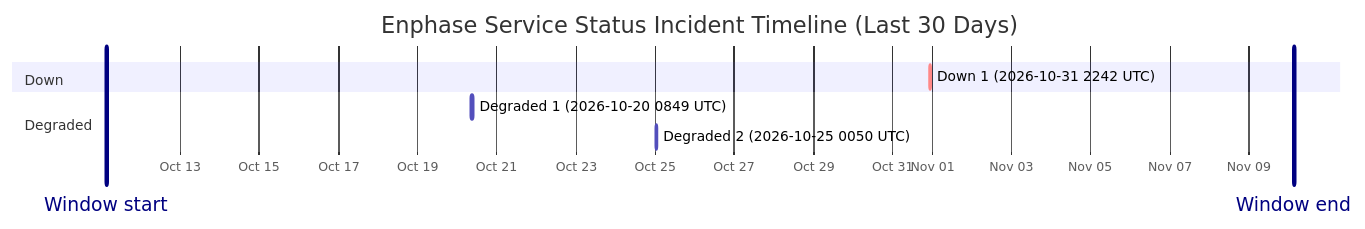
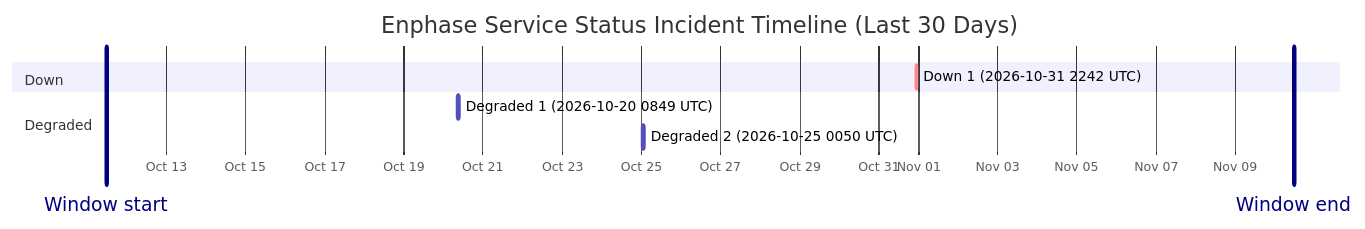
One commit to barneyonline/ha-enphase-energy changed the diagram in wiki/Service-Status-History.md. Above: the diagram before and after it, drawn with Mermaid. The commit also changed other lines of this file and 3 other files, not shown here.

````diff
--- a/wiki/Service-Status-History.md
+++ b/wiki/Service-Status-History.md
@@ -14,13 +14,13 @@
 ```mermaid
 gantt
     title Enphase Service Status Incident Timeline (Last 30 Days)
     dateFormat  YYYY-MM-DDTHH:mm:ss
     axisFormat  %b %d
-    Window start :vert, window-start, 2026-10-11T03:15:14, 0ms
-    Window end :vert, window-end, 2026-11-10T03:15:14, 0ms
+    Window start :vert, window-start, 2026-10-11T11:30:34, 0ms
+    Window end :vert, window-end, 2026-11-10T11:30:34, 0ms
     section Down
     Down 1 (2026-10-31 2242 UTC) :crit, down-1, 2026-10-31T22:42:18, 60m
     section Degraded
     Degraded 1 (2026-10-20 0849 UTC) :active, degraded-1, 2026-10-20T08:49:49, 60m
     Degraded 2 (2026-10-25 0050 UTC) :active, degraded-2, 2026-10-25T00:50:01, 60m
 ```
````
